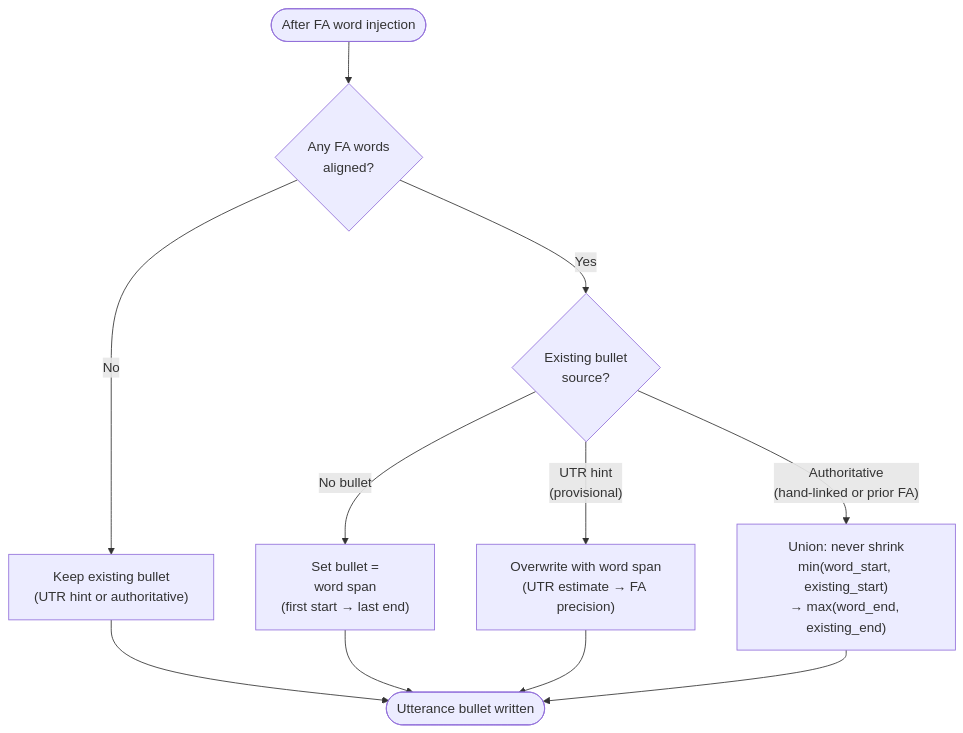
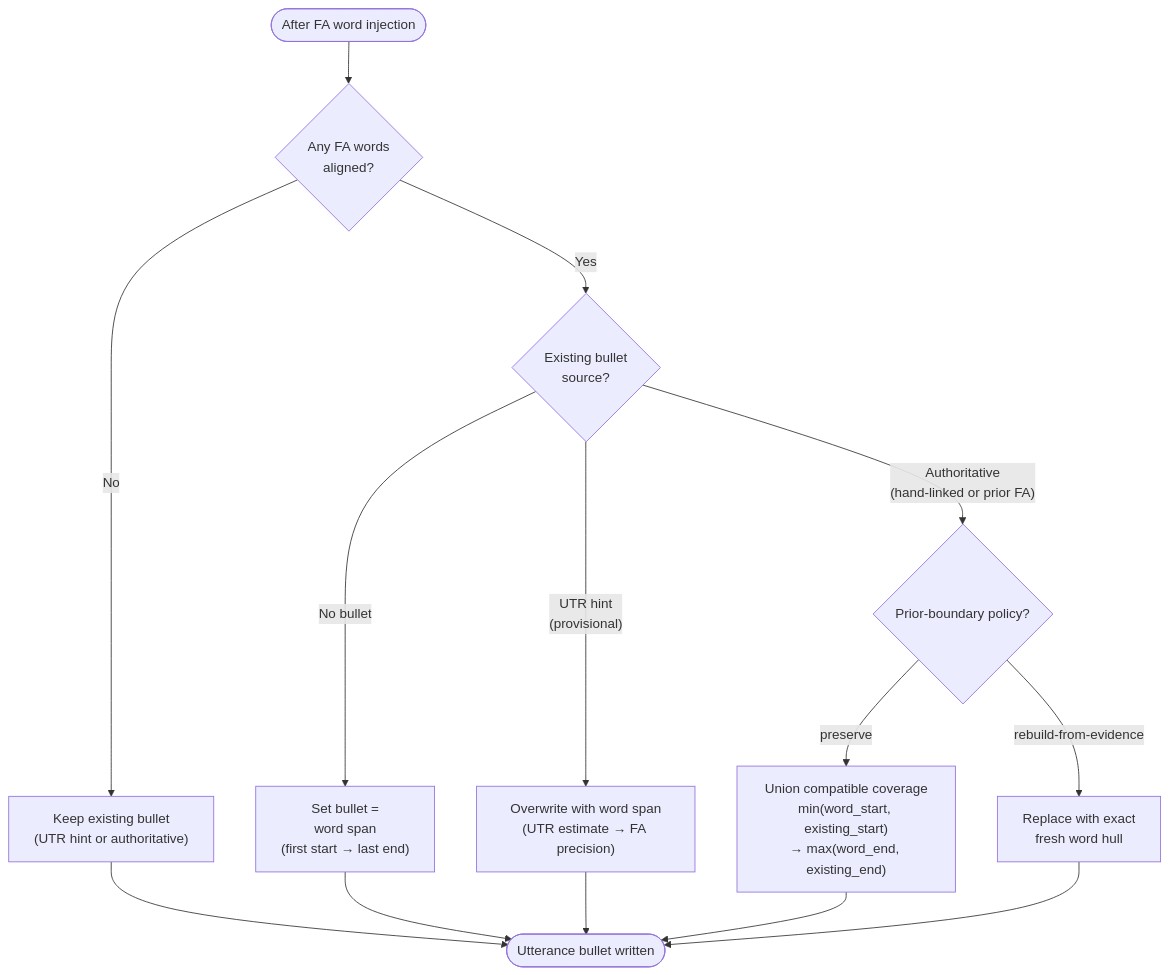
One commit to TalkBank/talkbank-tools changed the fourth of 4 diagrams in book/src/batchalign/user-guide/commands/align.md. Above: the diagram before and after it, drawn with Mermaid. The commit also changed other lines of this file and 84 other files, not shown here.

````diff
--- a/book/src/batchalign/user-guide/commands/align.md
+++ b/book/src/batchalign/user-guide/commands/align.md
@@ -391,13 +452,16 @@
 ```mermaid
 flowchart TD
     start(["After FA word injection"]) --> any_words{"Any FA words\naligned?"}
     any_words -->|No| keep_existing["Keep existing bullet\n(UTR hint or authoritative)"]
     any_words -->|Yes| source_check{"Existing bullet\nsource?"}
     source_check -->|"No bullet"| set_word_span["Set bullet =\nword span\n(first start → last end)"]
     source_check -->|"UTR hint\n(provisional)"| overwrite["Overwrite with word span\n(UTR estimate → FA precision)"]
-    source_check -->|"Authoritative\n(hand-linked or prior FA)"| union["Union: never shrink\nmin(word_start, existing_start)\n→ max(word_end, existing_end)"]
+    source_check -->|"Authoritative\n(hand-linked or prior FA)"| boundary_policy{"Prior-boundary policy?"}
+    boundary_policy -->|preserve| union["Union compatible coverage\nmin(word_start, existing_start)\n→ max(word_end, existing_end)"]
+    boundary_policy -->|rebuild-from-evidence| exact_hull["Replace with exact\nfresh word hull"]
     keep_existing --> result(["Utterance bullet written"])
     set_word_span --> result
     overwrite --> result
     union --> result
+    exact_hull --> result
 ```
````
